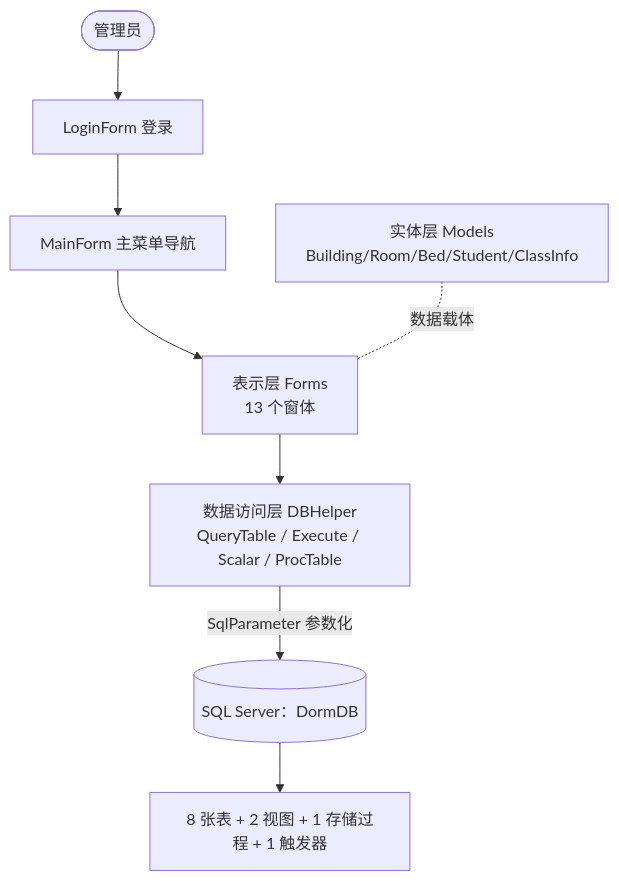
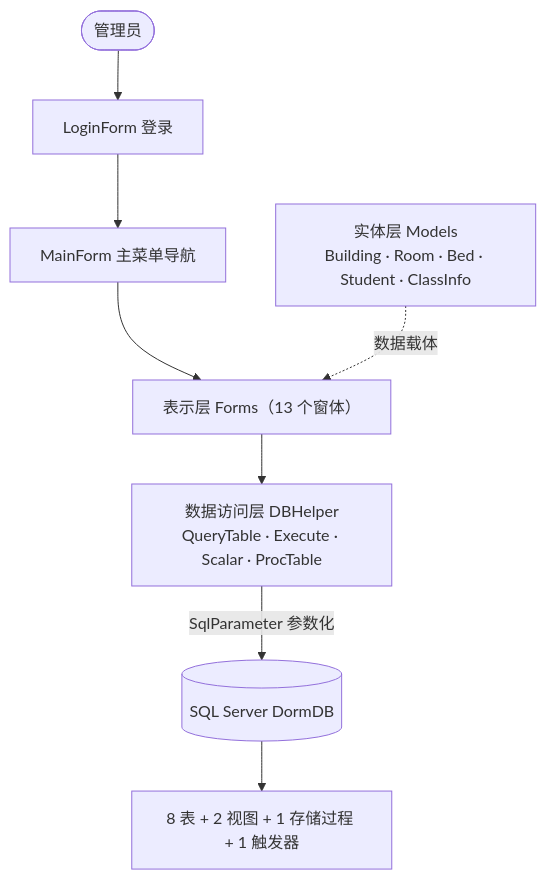
One commit to B0SSMrC/DataBase_KESHE changed the first of 2 diagrams in docs/系统结构与功能模块说明.md. Above: the diagram before and after it, drawn with Mermaid.

Commit message:
docs: 架构图改用更稳妥的 mermaid 写法（graph TD + 引号标签 + 规范虚线箭头）

````diff
--- a/docs/系统结构与功能模块说明.md
+++ b/docs/系统结构与功能模块说明.md
@@ -23,10 +23,10 @@
 ```mermaid
-flowchart TD
-    User([管理员]) --> Login[LoginForm 登录]
-    Login --> Main[MainForm 主菜单导航]
-    Main --> P[表示层 Forms<br/>13 个窗体]
-    P --> DAL[数据访问层 DBHelper<br/>QueryTable / Execute / Scalar / ProcTable]
-    DAL -->|SqlParameter 参数化| DB[(SQL Server：DormDB)]
-    DB --> Obj[8 张表 + 2 视图 + 1 存储过程 + 1 触发器]
-    Models[实体层 Models<br/>Building/Room/Bed/Student/ClassInfo] -.数据载体.- P
+graph TD
+    User(["管理员"]) --> Login["LoginForm 登录"]
+    Login --> Main["MainForm 主菜单导航"]
+    Main --> P["表示层 Forms（13 个窗体）"]
+    P --> DAL["数据访问层 DBHelper<br/>QueryTable · Execute · Scalar · ProcTable"]
+    DAL -->|"SqlParameter 参数化"| DB[("SQL Server DormDB")]
+    DB --> Obj["8 表 + 2 视图 + 1 存储过程 + 1 触发器"]
+    Models["实体层 Models<br/>Building · Room · Bed · Student · ClassInfo"] -.->|"数据载体"| P
 ```
````
